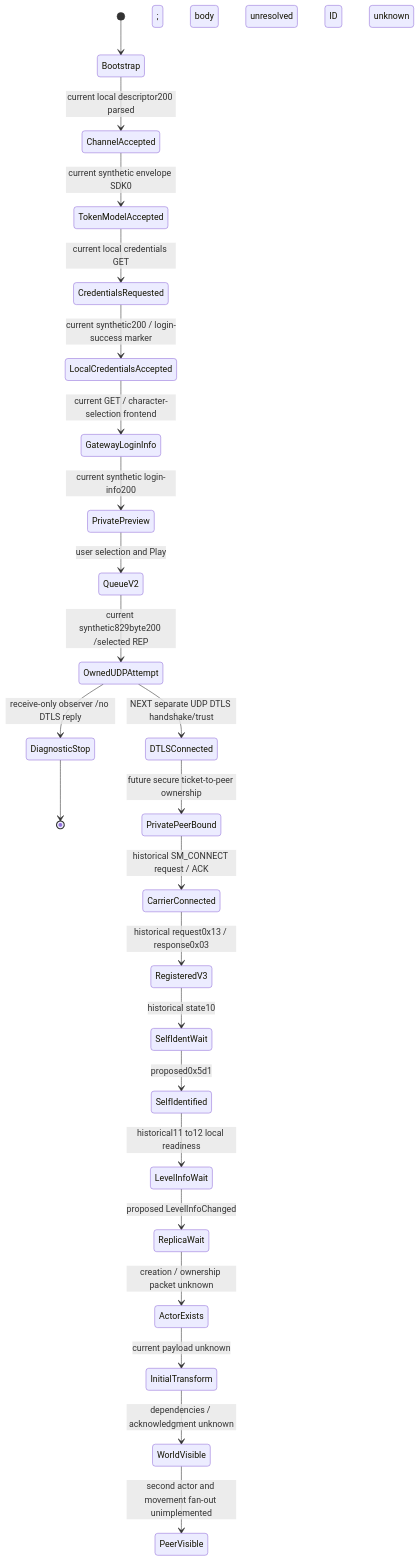
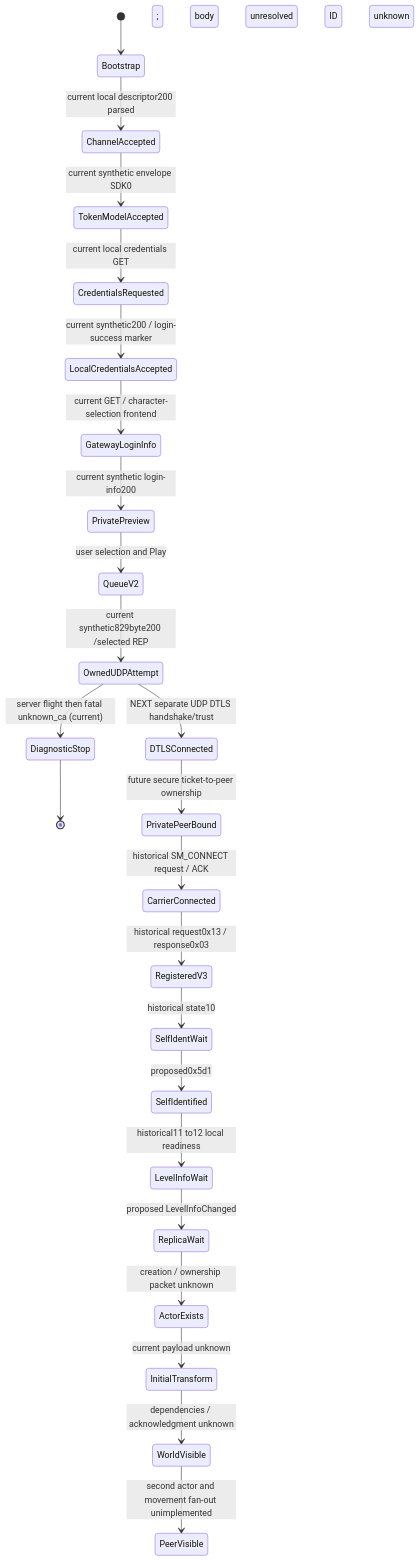
One commit to AScriver/NewWorldPreservation changed the diagram in docs/SPAWN_SEQUENCE.md. Above: the diagram before and after it, drawn with Mermaid. The commit also changed other lines of this file and 12 other files, not shown here.

Commit message:
Record current-client DTLS unknown-CA rejection and safe SDK error metadata

````diff
--- a/docs/SPAWN_SEQUENCE.md
+++ b/docs/SPAWN_SEQUENCE.md
@@ -15,26 +15,26 @@
 ```mermaid
 stateDiagram-v2
     [*] --> Bootstrap
     Bootstrap --> ChannelAccepted: current local descriptor200 parsed
     ChannelAccepted --> TokenModelAccepted: current synthetic envelope SDK0
     TokenModelAccepted --> CredentialsRequested: current local credentials GET
     CredentialsRequested --> LocalCredentialsAccepted: current synthetic200 / login-success marker
     LocalCredentialsAccepted --> GatewayLoginInfo: current GET / character-selection frontend
     GatewayLoginInfo --> PrivatePreview: current synthetic login-info200
     PrivatePreview --> QueueV2: user selection and Play
     QueueV2 --> OwnedUDPAttempt: current synthetic829byte200 /selected REP
-    OwnedUDPAttempt --> DiagnosticStop: receive-only observer /no DTLS reply
+    OwnedUDPAttempt --> DiagnosticStop: server flight then fatal unknown_ca (current)
     DiagnosticStop --> [*]
     OwnedUDPAttempt --> DTLSConnected: NEXT separate UDP DTLS handshake/trust
     DTLSConnected --> PrivatePeerBound: future secure ticket-to-peer ownership
     PrivatePeerBound --> CarrierConnected: historical SM_CONNECT request / ACK
     CarrierConnected --> RegisteredV3: historical request0x13 / response0x03
     RegisteredV3 --> SelfIdentWait: historical state10
     SelfIdentWait --> SelfIdentified: proposed0x5d1; body unresolved
     SelfIdentified --> LevelInfoWait: historical11 to12 local readiness
     LevelInfoWait --> ReplicaWait: proposed LevelInfoChanged; ID unknown
     ReplicaWait --> ActorExists: creation / ownership packet unknown
     ActorExists --> InitialTransform: current payload unknown
     InitialTransform --> WorldVisible: dependencies / acknowledgment unknown
     WorldVisible --> PeerVisible: second actor and movement fan-out unimplemented
 ```
````
